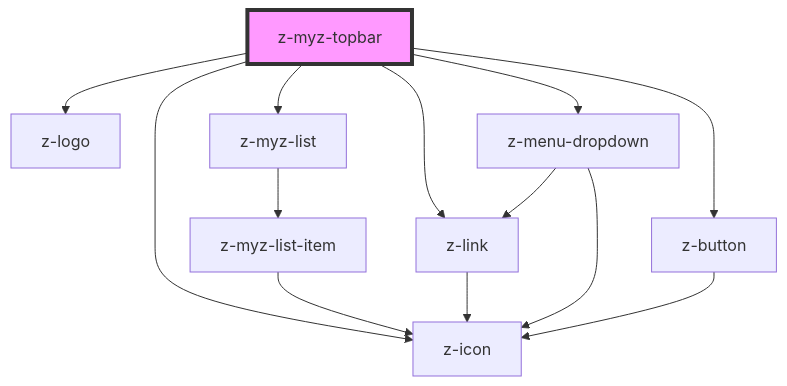
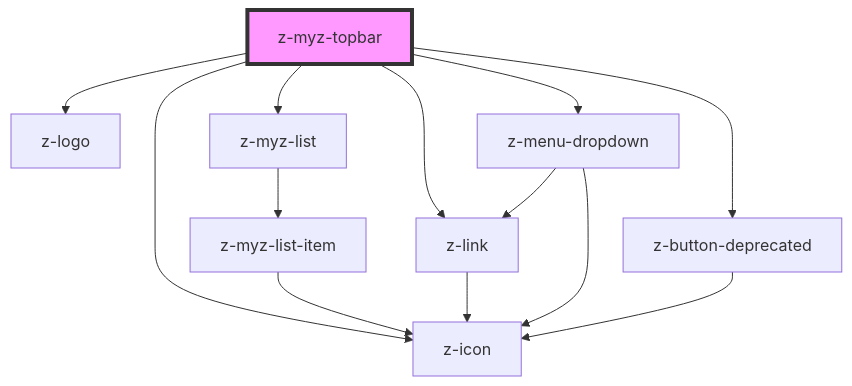
One commit to ZanichelliEditore/design-system changed the diagram in src/snowflakes/myz/topbar/readme.md. Above: the diagram before and after it, drawn with Mermaid. The commit also changed other lines of this file and 61 other files, not shown here.

Commit message:
chore: use z-button-deprecated

````diff
--- a/src/snowflakes/myz/topbar/readme.md
+++ b/src/snowflakes/myz/topbar/readme.md
@@ -105,16 +105,16 @@
 ```mermaid
 graph TD;
   z-myz-topbar --> z-logo
   z-myz-topbar --> z-myz-list
   z-myz-topbar --> z-link
   z-myz-topbar --> z-menu-dropdown
-  z-myz-topbar --> z-button
+  z-myz-topbar --> z-button-deprecated
   z-myz-topbar --> z-icon
   z-myz-list --> z-myz-list-item
   z-myz-list-item --> z-icon
   z-link --> z-icon
   z-menu-dropdown --> z-link
   z-menu-dropdown --> z-icon
-  z-button --> z-icon
+  z-button-deprecated --> z-icon
   style z-myz-topbar fill:#f9f,stroke:#333,stroke-width:4px
 ```
````
